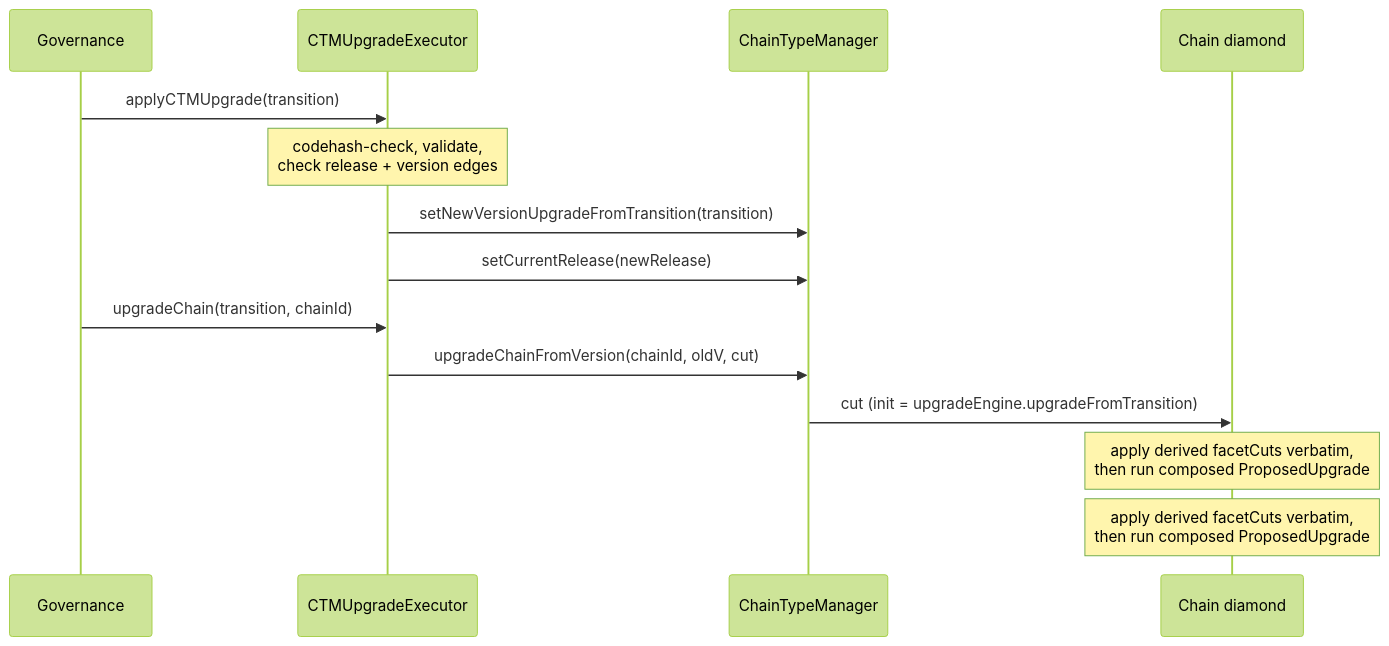
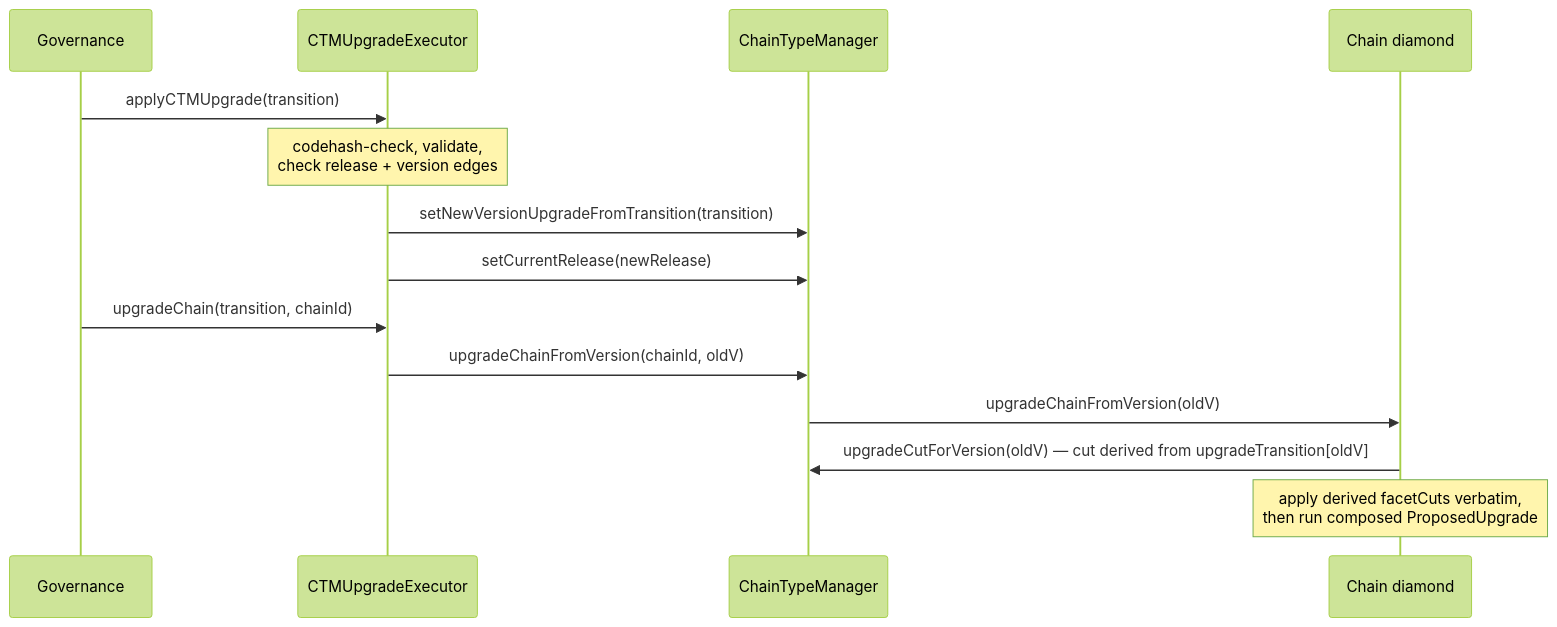
Before and after one commit to matter-labs/era-contracts: the third of 3 diagrams in docs/registry-driven-upgrades.md, drawn with Mermaid (forest theme). The commit also changed other lines of this file and 1 other file, not shown here.

Commit message:
docs: cut is CTM-derived on read; no separate CTM-impl executor rationale

````diff
--- a/docs/registry-driven-upgrades.md
+++ b/docs/registry-driven-upgrades.md
@@ -216,17 +216,17 @@
 ```mermaid
 sequenceDiagram
     participant G as Governance
     participant E as CTMUpgradeExecutor
     participant C as ChainTypeManager
     participant D as Chain diamond
 
     G->>E: applyCTMUpgrade(transition)
     Note over E: codehash-check, validate,<br/>check release + version edges
     E->>C: setNewVersionUpgradeFromTransition(transition)
     E->>C: setCurrentRelease(newRelease)
     G->>E: upgradeChain(transition, chainId)
-    E->>C: upgradeChainFromVersion(chainId, oldV, cut)
-    C->>D: cut (init = upgradeEngine.upgradeFromTransition)
-    Note over D: apply derived facetCuts verbatim,<br/>then run composed ProposedUpgrade
+    E->>C: upgradeChainFromVersion(chainId, oldV)
+    C->>D: upgradeChainFromVersion(oldV)
+    D->>C: upgradeCutForVersion(oldV) — cut derived from upgradeTransition[oldV]
     Note over D: apply derived facetCuts verbatim,<br/>then run composed ProposedUpgrade
 ```
````
